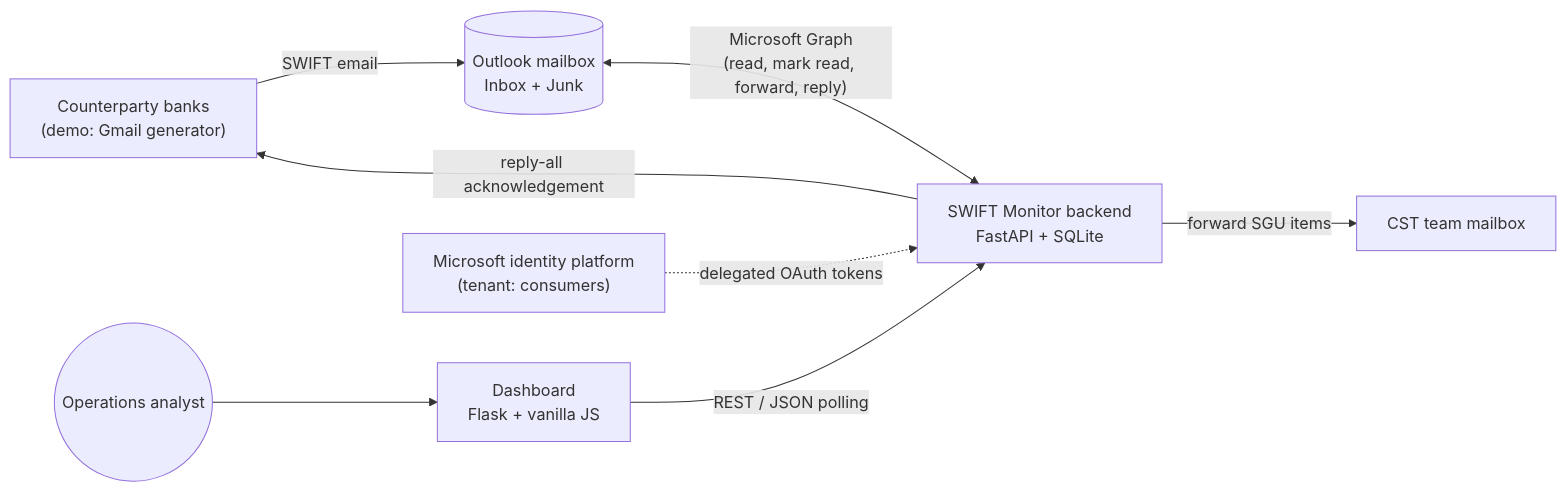
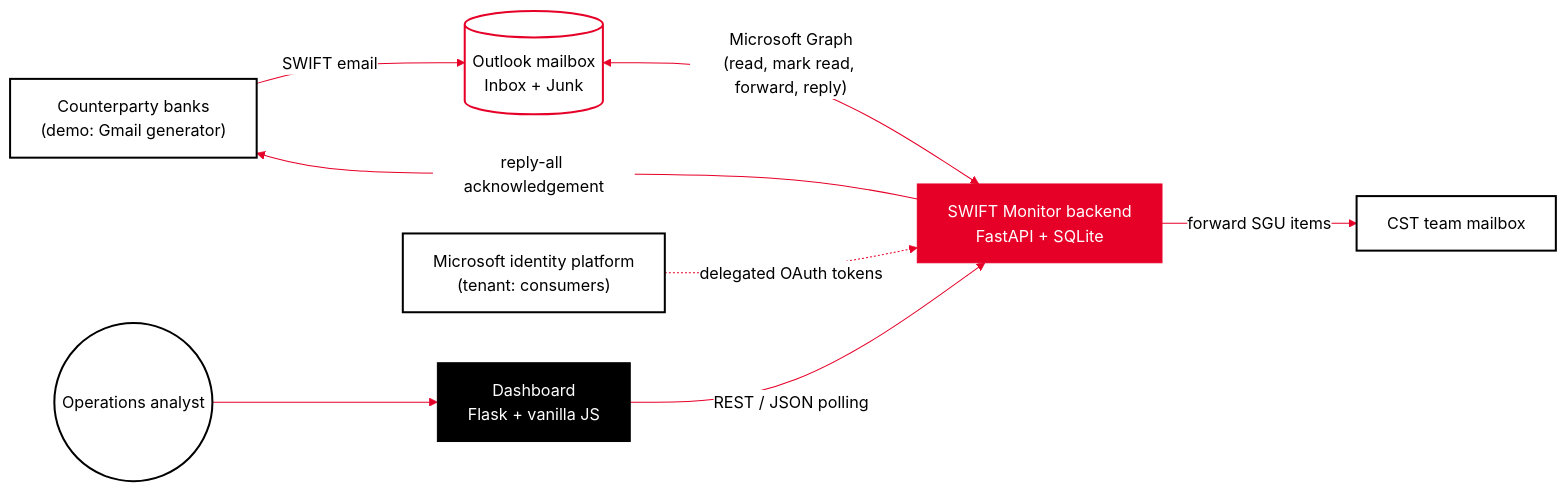
One commit to shreyapalavalli/swift-mailbox-monitor changed the second of 6 diagrams in docs/architecture/solution-architecture.md. Above: the diagram before and after it, drawn with Mermaid. The commit also changed other lines of this file and 2 other files, not shown here.

Commit message:
docs: SG red/black/white styling for the architecture doc (banner, at-a-glance card, themed diagrams)

````diff
--- a/docs/architecture/solution-architecture.md
+++ b/docs/architecture/solution-architecture.md
@@ -36,10 +73,19 @@
 ```mermaid
+%%{init: {'theme':'base','themeVariables':{'primaryColor':'#000000','primaryTextColor':'#000000','primaryBorderColor':'#000000','lineColor':'#E60028','secondaryColor':'#ffffff','tertiaryColor':'#ffffff','clusterBkg':'#ffffff','clusterBorder':'#E60028','edgeLabelBackground':'#ffffff','textColor':'#000000','titleColor':'#000000'}}}%%
 flowchart LR
     Sender["Counterparty banks<br/>(demo: Gmail generator)"] -- SWIFT email --> Mailbox[("Outlook mailbox<br/>Inbox + Junk")]
     Mailbox <-- "Microsoft Graph<br/>(read, mark read, forward, reply)" --> Backend["SWIFT Monitor backend<br/>FastAPI + SQLite"]
     Backend -- forward SGU items --> CST["CST team mailbox"]
     Backend -- reply-all acknowledgement --> Sender
     Frontend["Dashboard<br/>Flask + vanilla JS"] -- "REST / JSON polling" --> Backend
     Analyst(("Operations analyst")) --> Frontend
     Entra["Microsoft identity platform<br/>(tenant: consumers)"] -. delegated OAuth tokens .-> Backend
+    classDef sg fill:#000,stroke:#000,color:#fff,stroke-width:1px
+    classDef red fill:#E60028,stroke:#E60028,color:#fff
+    classDef ext fill:#fff,stroke:#000,color:#000,stroke-width:2px
+    classDef store fill:#fff,stroke:#E60028,color:#000,stroke-width:2px
+    class Backend red
+    class Frontend sg
+    class Mailbox store
+    class Sender,CST,Entra,Analyst ext
 ```
````
